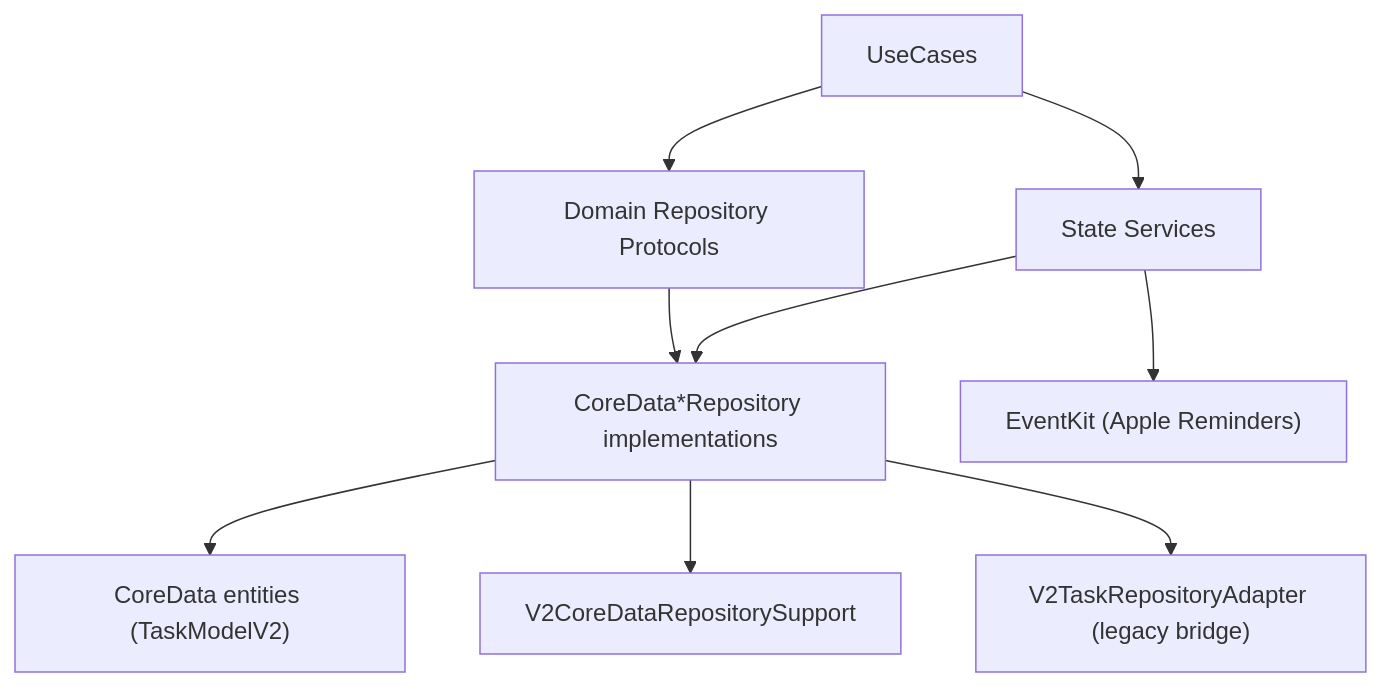
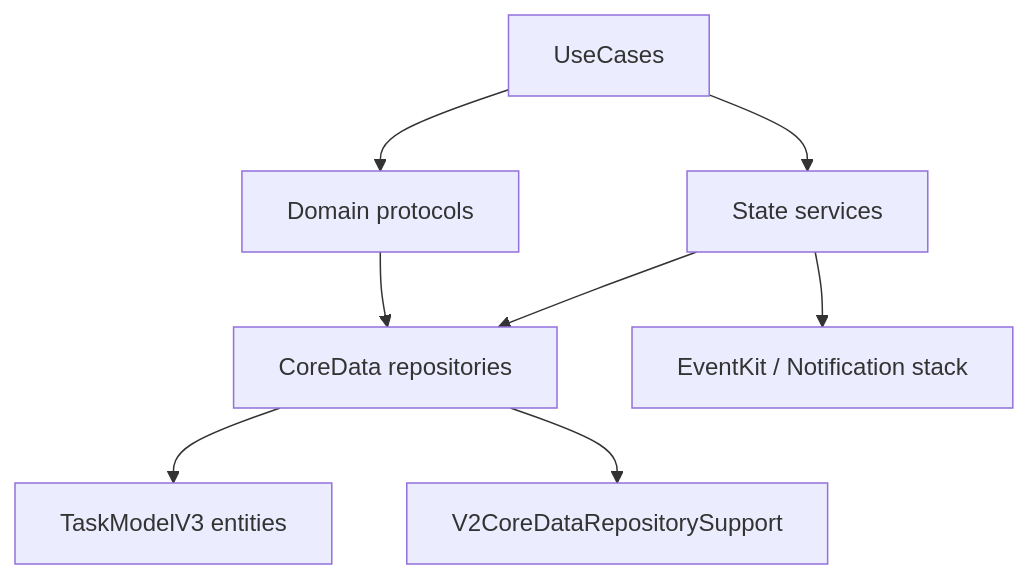
One commit to Saransh-Sharma/Tasker changed the diagram in docs/architecture/state-repositories-and-services-v2.md. Above: the diagram before and after it, drawn with Mermaid. The commit also changed other lines of this file and 10 other files, not shown here.

Commit message:
docs: update architecture documentation for V3

````diff
--- a/docs/architecture/state-repositories-and-services-v2.md
+++ b/docs/architecture/state-repositories-and-services-v2.md
@@ -17,13 +17,12 @@
 ```mermaid
 flowchart TD
-    UC["UseCases"] --> IFACE["Domain Repository Protocols"]
-    IFACE --> REPO["CoreData*Repository implementations"]
-    REPO --> CORE["CoreData entities (TaskModelV2)"]
+    UC["UseCases"] --> IFACE["Domain protocols"]
+    IFACE --> REPO["CoreData repositories"]
+    REPO --> CORE["TaskModelV3 entities"]
 
-    UC --> SRV["State Services"]
+    UC --> SRV["State services"]
     SRV --> REPO
-    SRV --> EK["EventKit (Apple Reminders)"]
+    SRV --> EXT["EventKit / Notification stack"]
 
     REPO --> SUP["V2CoreDataRepositorySupport"]
-    REPO --> ADAPT["V2TaskRepositoryAdapter (legacy bridge)"]
 ```
````
